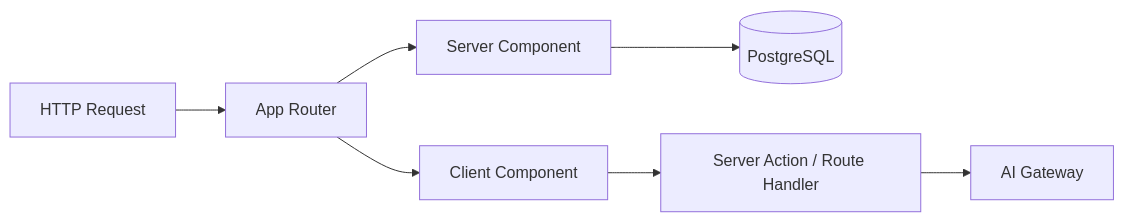
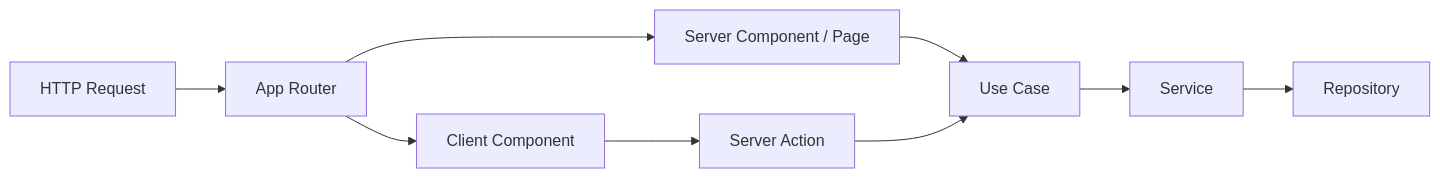
One commit to ifaridaiman/portfolio-red changed the diagram in docs/01-architecture/frontend.md. Above: the diagram before and after it, drawn with Mermaid. The commit also changed other lines of this file and 24 other files, not shown here.

First line of the commit message:
docs: add engineering architecture brief as primary agent reference

````diff
--- a/docs/01-architecture/frontend.md
+++ b/docs/01-architecture/frontend.md
@@ -137,9 +141,11 @@
 ```mermaid
 flowchart LR
     Request[HTTP Request] --> Router[App Router]
-    Router --> SC[Server Component]
-    SC --> DB[(PostgreSQL)]
+    Router --> SC[Server Component / Page]
+    SC --> UC[Use Case]
     Router --> CC[Client Component]
-    CC --> API[Server Action / Route Handler]
-    API --> AI[AI Gateway]
+    CC --> Action[Server Action]
+    Action --> UC
+    UC --> SVC[Service]
+    SVC --> REPO[Repository]
 ```
````
